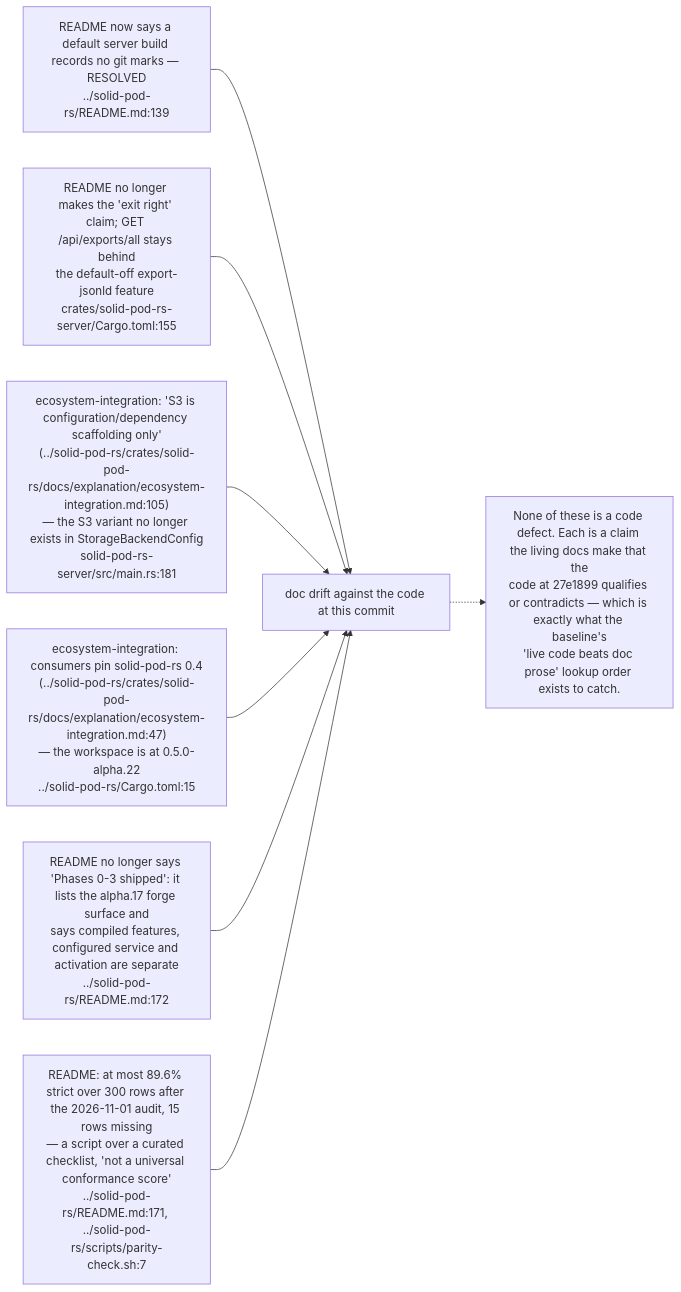
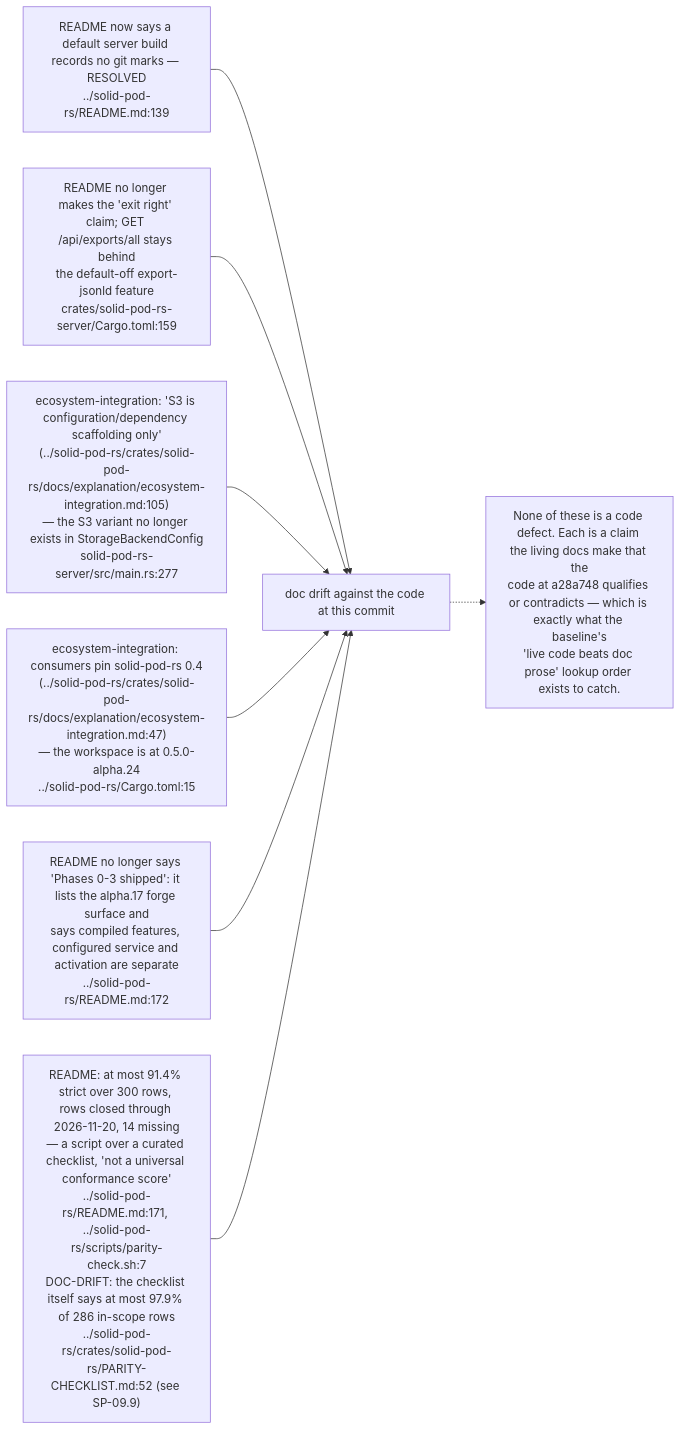
The seventh of 13 diagrams in docs/diagrams/solid-pod-rs/10-failure-modes-and-invariants.md (DreamLab-AI/VisionFlow), drawn with Mermaid before and after one commit. The commit also changed other lines of this file and 2 other files, not shown here.

First line of the commit message:
docs(diagrams): SP-07, SP-10, SP-15 re-verified at solid-pod-rs a28a748

````diff
--- a/docs/diagrams/solid-pod-rs/10-failure-modes-and-invariants.md
+++ b/docs/diagrams/solid-pod-rs/10-failure-modes-and-invariants.md
@@ -223,19 +230,19 @@
 ```mermaid
 flowchart LR
     R1["README now says a default server build records no git marks — RESOLVED<br/>../solid-pod-rs/README.md:139"]
-    R2["README no longer makes the 'exit right' claim; GET /api/exports/all stays behind<br/>the default-off export-jsonld feature<br/>crates/solid-pod-rs-server/Cargo.toml:155"]
-    R3["ecosystem-integration: 'S3 is configuration/dependency scaffolding only'<br/>(../solid-pod-rs/crates/solid-pod-rs/docs/explanation/ecosystem-integration.md:105)<br/>— the S3 variant no longer exists in StorageBackendConfig<br/>solid-pod-rs-server/src/main.rs:181"]
-    R4["ecosystem-integration: consumers pin solid-pod-rs 0.4<br/>(../solid-pod-rs/crates/solid-pod-rs/docs/explanation/ecosystem-integration.md:47)<br/>— the workspace is at 0.5.0-alpha.22<br/>../solid-pod-rs/Cargo.toml:15"]
+    R2["README no longer makes the 'exit right' claim; GET /api/exports/all stays behind<br/>the default-off export-jsonld feature<br/>crates/solid-pod-rs-server/Cargo.toml:159"]
+    R3["ecosystem-integration: 'S3 is configuration/dependency scaffolding only'<br/>(../solid-pod-rs/crates/solid-pod-rs/docs/explanation/ecosystem-integration.md:105)<br/>— the S3 variant no longer exists in StorageBackendConfig<br/>solid-pod-rs-server/src/main.rs:277"]
+    R4["ecosystem-integration: consumers pin solid-pod-rs 0.4<br/>(../solid-pod-rs/crates/solid-pod-rs/docs/explanation/ecosystem-integration.md:47)<br/>— the workspace is at 0.5.0-alpha.24<br/>../solid-pod-rs/Cargo.toml:15"]
     R5["README no longer says 'Phases 0-3 shipped': it lists the alpha.17 forge surface and<br/>says compiled features, configured service and activation are separate<br/>../solid-pod-rs/README.md:172"]
-    R6["README: at most 89.6% strict over 300 rows after the 2026-11-01 audit, 15 rows missing<br/>— a script over a curated checklist, 'not a universal conformance score'<br/>../solid-pod-rs/README.md:171, ../solid-pod-rs/scripts/parity-check.sh:7"]
+    R6["README: at most 91.4% strict over 300 rows, rows closed through 2026-11-20, 14 missing<br/>— a script over a curated checklist, 'not a universal conformance score'<br/>../solid-pod-rs/README.md:171, ../solid-pod-rs/scripts/parity-check.sh:7<br/>DOC-DRIFT: the checklist itself says at most 97.9% of 286 in-scope rows<br/>../solid-pod-rs/crates/solid-pod-rs/PARITY-CHECKLIST.md:52 (see SP-09.9)"]
 
     R1 --> REG["doc drift against the code at this commit"]
     R2 --> REG
     R3 --> REG
     R4 --> REG
     R5 --> REG
     R6 --> REG
 
-    N["None of these is a code defect. Each is a claim the living docs make that the<br/>code at 27e1899 qualifies or contradicts — which is exactly what the baseline's<br/>'live code beats doc prose' lookup order exists to catch."]
+    N["None of these is a code defect. Each is a claim the living docs make that the<br/>code at a28a748 qualifies or contradicts — which is exactly what the baseline's<br/>'live code beats doc prose' lookup order exists to catch."]
     REG -.-> N
 ```
````
